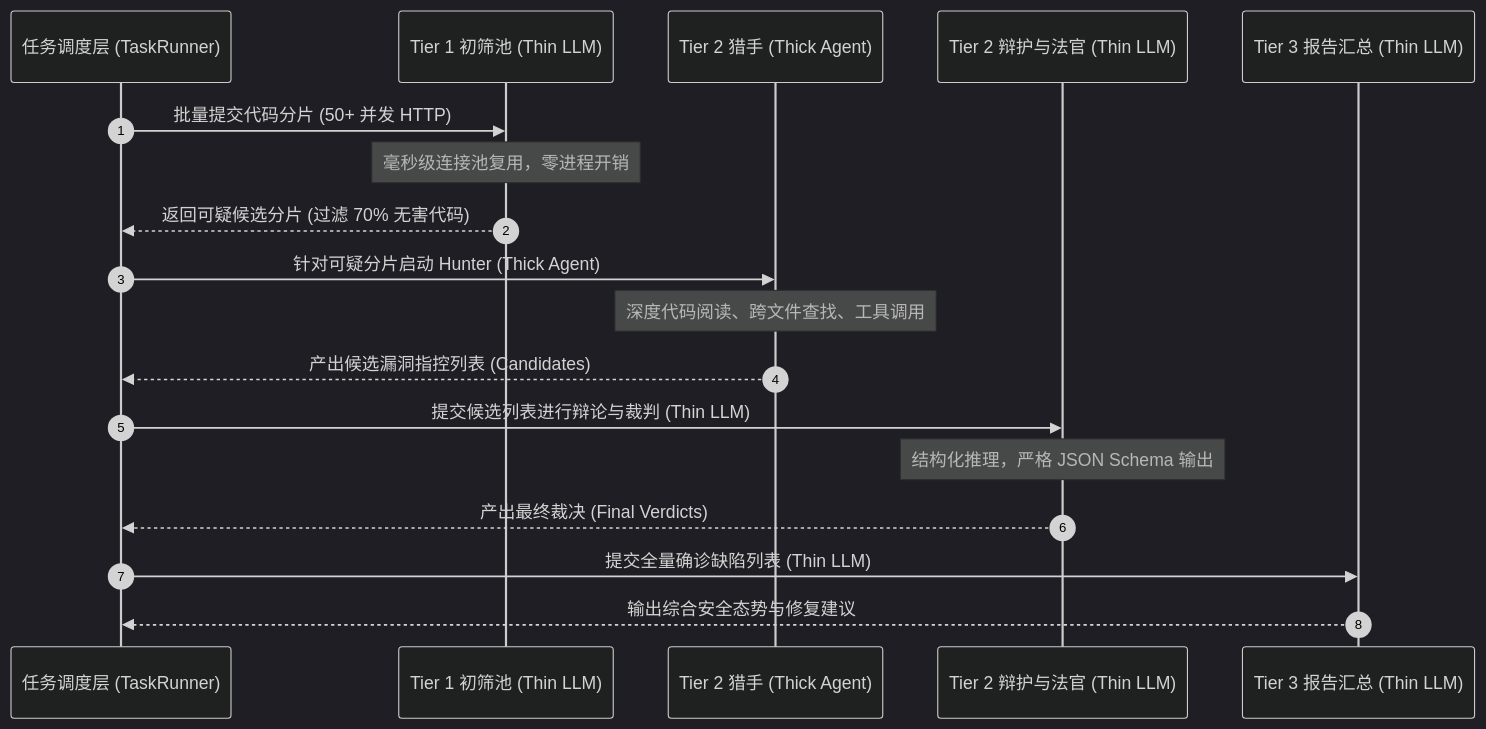
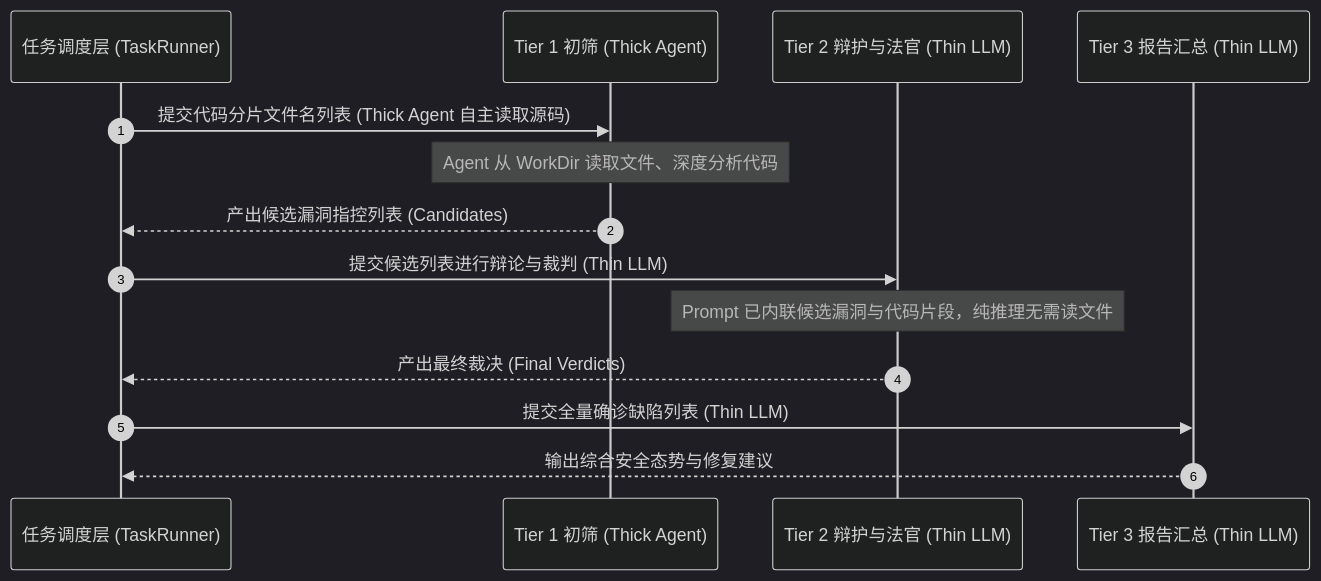
Before and after one commit to fugui/code-shield: the third of 4 diagrams in docs/native-llm-architecture/01-CodeShield-原生LLM轻量执行引擎与混合调用架构设计.md, drawn with Mermaid (dark theme). The commit also changed other lines of this file and 1 other file, not shown here.

````diff
--- a/docs/native-llm-architecture/01-CodeShield-原生LLM轻量执行引擎与混合调用架构设计.md
+++ b/docs/native-llm-architecture/01-CodeShield-原生LLM轻量执行引擎与混合调用架构设计.md
@@ -118,24 +117,19 @@
 ```mermaid
 sequenceDiagram
     autonumber
     participant Task as 任务调度层 (TaskRunner)
-    participant Tier1 as Tier 1 初筛池 (Thin LLM)
-    participant Tier2_H as Tier 2 猎手 (Thick Agent)
+    participant Tier1 as Tier 1 初筛 (Thick Agent)
     participant Tier2_J as Tier 2 辩护与法官 (Thin LLM)
     participant Tier3 as Tier 3 报告汇总 (Thin LLM)
 
-    Task->>Tier1: 批量提交代码分片 (50+ 并发 HTTP)
-    Note over Tier1: 毫秒级连接池复用，零进程开销
-    Tier1-->>Task: 返回可疑候选分片 (过滤 70% 无害代码)
-
-    Task->>Tier2_H: 针对可疑分片启动 Hunter (Thick Agent)
-    Note over Tier2_H: 深度代码阅读、跨文件查找、工具调用
-    Tier2_H-->>Task: 产出候选漏洞指控列表 (Candidates)
+    Task->>Tier1: 提交代码分片文件名列表 (Thick Agent 自主读取源码)
+    Note over Tier1: Agent 从 WorkDir 读取文件、深度分析代码
+    Tier1-->>Task: 产出候选漏洞指控列表 (Candidates)
 
     Task->>Tier2_J: 提交候选列表进行辩论与裁判 (Thin LLM)
-    Note over Tier2_J: 结构化推理，严格 JSON Schema 输出
+    Note over Tier2_J: Prompt 已内联候选漏洞与代码片段，纯推理无需读文件
     Tier2_J-->>Task: 产出最终裁决 (Final Verdicts)
 
     Task->>Tier3: 提交全量确诊缺陷列表 (Thin LLM)
     Tier3-->>Task: 输出综合安全态势与修复建议
 ```
````
